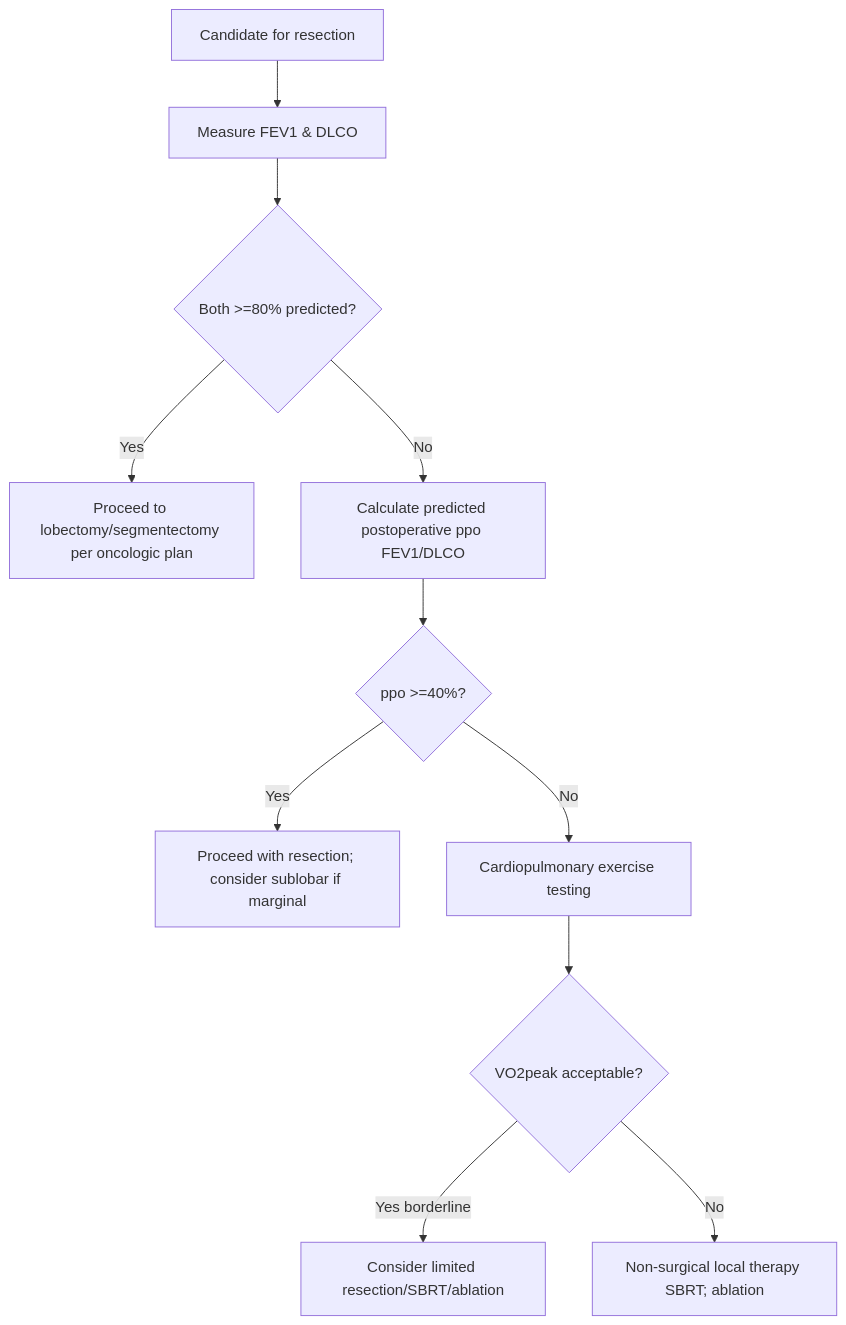
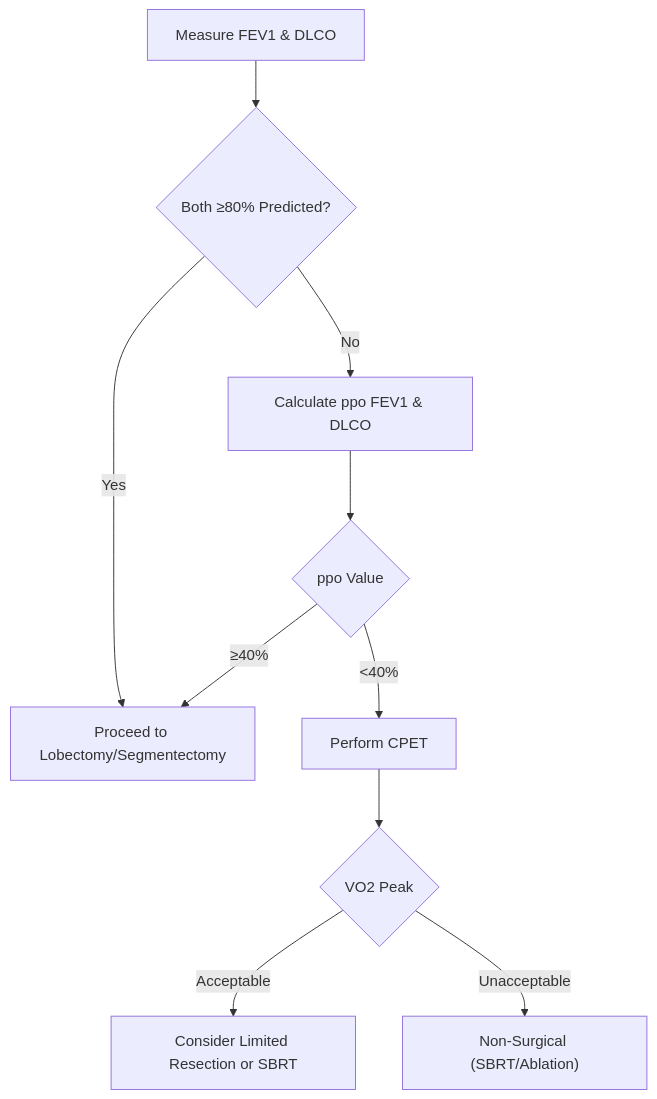
One commit to russellmiller49/Interventional-Pulm-Education-Project changed the second of 2 diagrams in content/modules/board/treatment-options-for-early-stage-lung-cancer.mdx. Above: the diagram before and after it, drawn with Mermaid. The commit also changed other lines of this file and 45 other files, not shown here.

````diff
--- a/content/modules/board/treatment-options-for-early-stage-lung-cancer.mdx
+++ b/content/modules/board/treatment-options-for-early-stage-lung-cancer.mdx
@@ -234,13 +161,12 @@
 ```mermaid
-flowchart TD
-A[Candidate for resection] --> B[Measure FEV1 & DLCO]
-B --> C{Both &gt;=80% predicted?}
-C -->|Yes| D[Proceed to lobectomy/segmentectomy per oncologic plan]
-C -->|No| E[Calculate predicted postoperative ppo FEV1/DLCO]
-E --> F{ppo &gt;=40%?}
-F -->|Yes| G[Proceed with resection; consider sublobar if marginal]
-F -->|No| H[Cardiopulmonary exercise testing]
-H --> I{VO2peak acceptable?}
-I -->|Yes borderline| J[Consider limited resection/SBRT/ablation]
-I -->|No| K[Non‑surgical local therapy SBRT; ablation]
+graph TD
+        A["Measure FEV1 & DLCO"] --> B{"Both ≥80% Predicted?"}
+        B -- Yes --> C["Proceed to Lobectomy/Segmentectomy"]
+        B -- No --> D["Calculate ppo FEV1 & DLCO"]
+        D --> E{"ppo Value"}
+        E -- "≥40%" --> C
+        E -- "<40%" --> F["Perform CPET"]
+        F --> G{"VO2 Peak"}
+        G -- Acceptable --> H["Consider Limited Resection or SBRT"]
+        G -- Unacceptable --> I["Non-Surgical (SBRT/Ablation)"]
 ```
````
